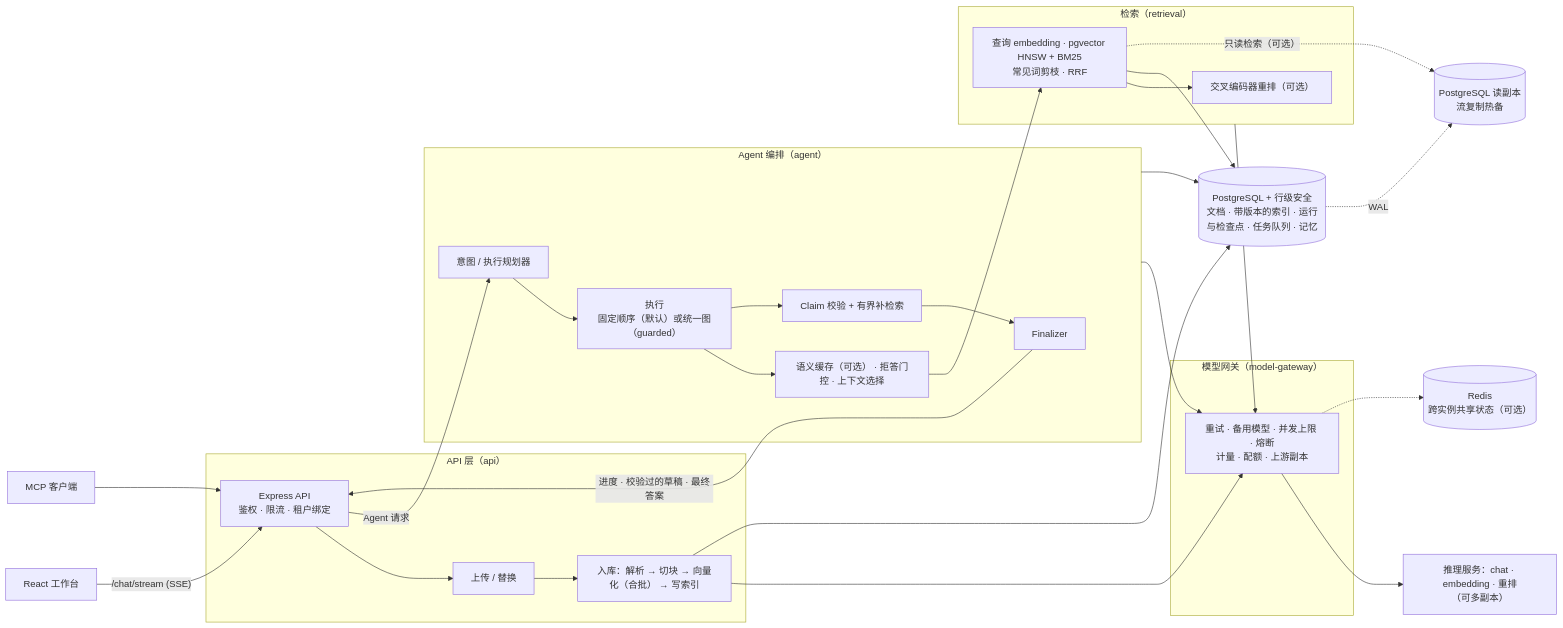
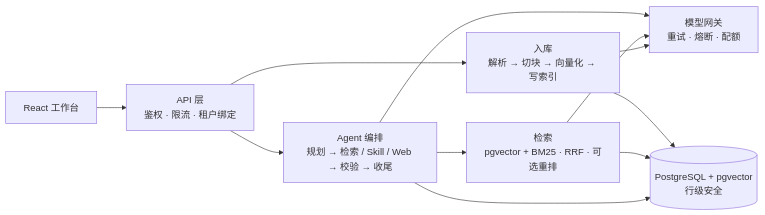
The diagram in README.md (luc1ferxx/Luc1ferxx_Archive_RAG), drawn with Mermaid before and after one commit. The commit also changed other lines of this file, not shown here.

````diff
--- a/README.md
+++ b/README.md
@@ -31,40 +70,13 @@
 ```mermaid
 flowchart LR
-  UI["React 工作台"] -->|"/chat/stream (SSE)"| API
-  MCP["MCP 客户端"] --> API
-
-  subgraph Edge["API 层（api）"]
-    API["Express API<br/>鉴权 · 限流 · 租户绑定"]
-    Upload["上传 / 替换"] --> Pipe["入库：解析 → 切块 → 向量化（合批） → 写索引"]
-  end
-
-  subgraph Agent["Agent 编排（agent）"]
-    Plan["意图 / 执行规划器"] --> Exec["执行<br/>固定顺序（默认）或统一图（guarded）"]
-    Exec --> Gate["语义缓存（可选） · 拒答门控 · 上下文选择"]
-    Exec --> Check["Claim 校验 + 有界补检索"]
-    Check --> Final["Finalizer"]
-  end
-
-  subgraph Retrieval["检索（retrieval）"]
-    Hybrid["查询 embedding · pgvector HNSW + BM25<br/>常见词剪枝 · RRF"] --> Rerank["交叉编码器重排（可选）"]
-  end
-
-  subgraph ModelGateway["模型网关（model-gateway）"]
-    GW["重试 · 备用模型 · 并发上限 · 熔断<br/>计量 · 配额 · 上游副本"]
-  end
-
-  API --> Upload
-  API -->|"Agent 请求"| Plan
-  Final -->|"进度 · 校验过的草稿 · 最终答案"| API
-  Gate --> Hybrid
-  Agent --> GW
-  Retrieval --> GW
-  Pipe --> GW
-  GW --> Backends["推理服务：chat · embedding · 重排<br/>（可多副本）"]
-  GW -.-> Redis[("Redis<br/>跨实例共享状态（可选）")]
-  Hybrid --> PG
-  Hybrid -.->|"只读检索（可选）"| Replica[("PostgreSQL 读副本<br/>流复制热备")]
-  PG -.->|"WAL"| Replica
-  Pipe --> PG
-  Agent --> PG[("PostgreSQL + 行级安全<br/>文档 · 带版本的索引 · 运行与检查点 · 任务队列 · 记忆")]
+  UI["React 工作台"] --> API["API 层<br/>鉴权 · 限流 · 租户绑定"]
+  API --> Ingest["入库<br/>解析 → 切块 → 向量化 → 写索引"]
+  API --> Agent["Agent 编排<br/>规划 → 检索 / Skill / Web → 校验 → 收尾"]
+  Agent --> Retrieval["检索<br/>pgvector + BM25 · RRF · 可选重排"]
+  Agent --> Gateway["模型网关<br/>重试 · 熔断 · 配额"]
+  Retrieval --> Gateway
+  Ingest --> Gateway
+  Ingest --> PG[("PostgreSQL + pgvector<br/>行级安全")]
+  Retrieval --> PG
+  Agent --> PG
 ```
````
